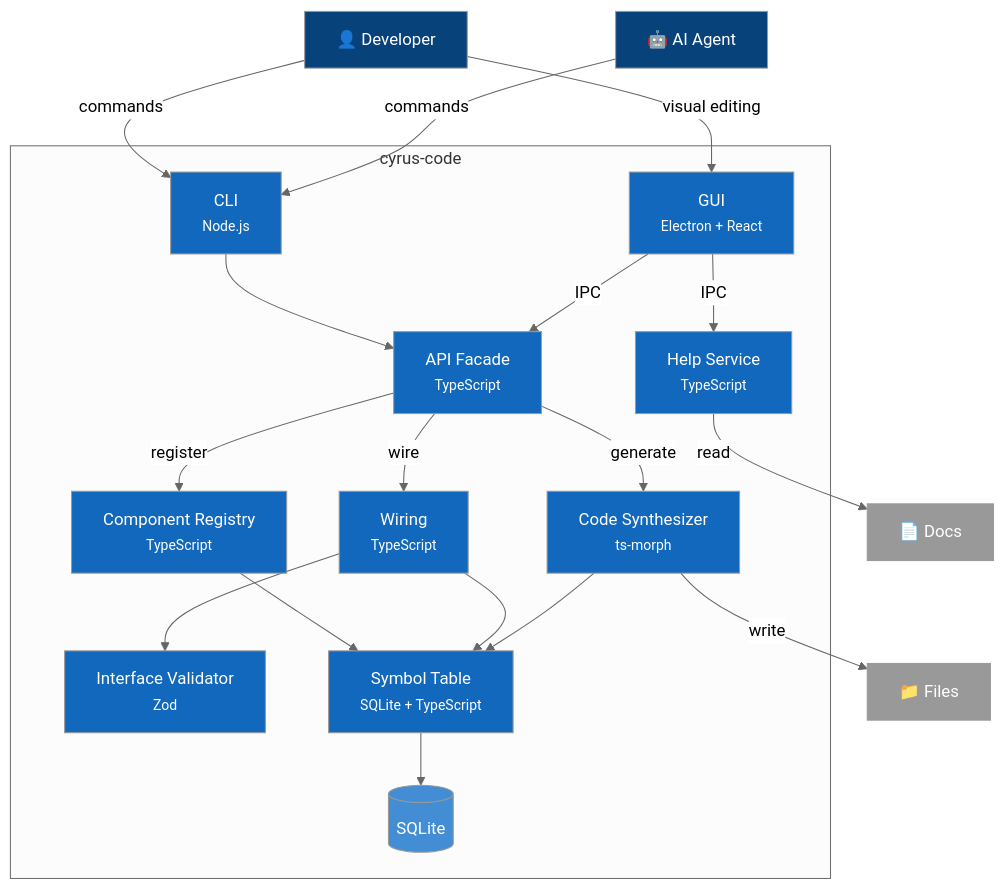
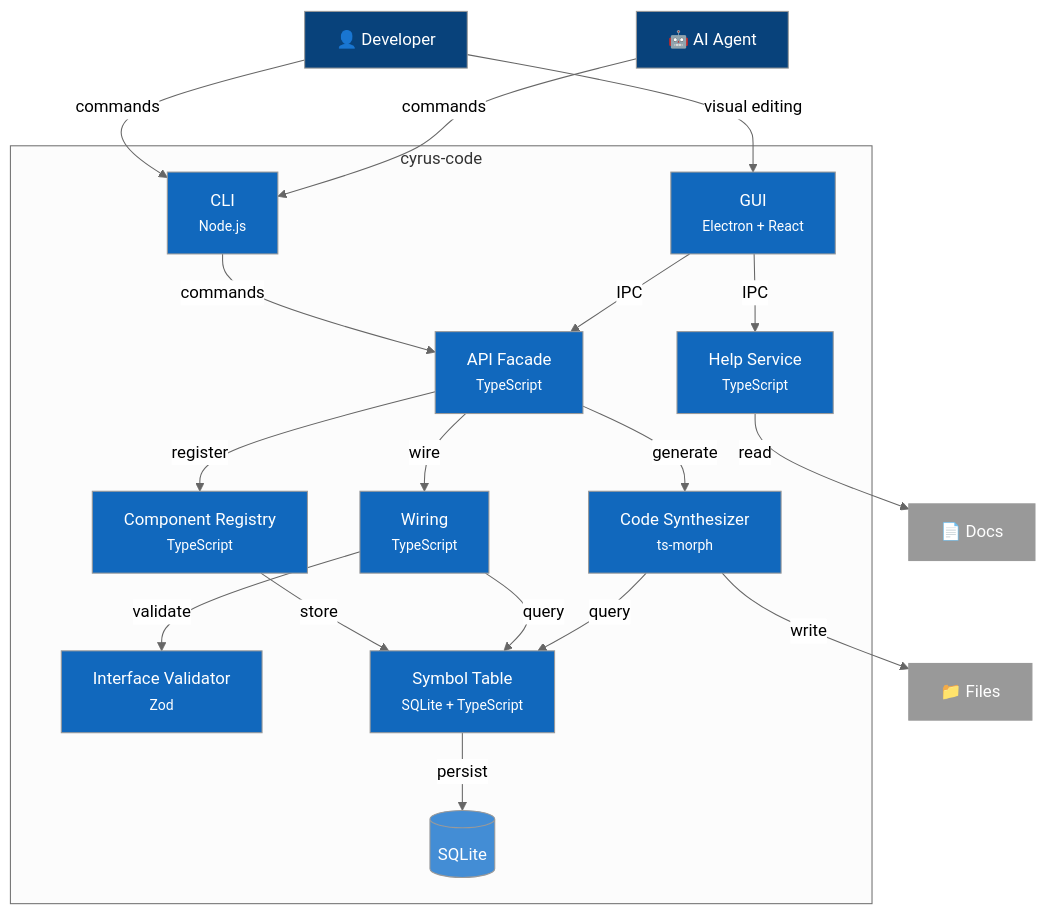
Before and after one commit to louipr/cyrus-code: the diagram in docs/c4/2-container.md, drawn with Mermaid (neutral theme).

Commit message:
fix(c4): add labels to all container diagram relationships
Per C4 Model best practices, all relationships should have descriptive
verb phrase labels. Added labels to previously unlabeled arrows:

- cli → api: "commands"
- reg → st: "store"
- wire → val: "validate"
- wire → st: "query"
- synth → st: "query"
- st → db: "persist"

🤖 Generated with [Claude Code](https://claude.com/claude-code)

````diff
--- a/docs/c4/2-container.md
+++ b/docs/c4/2-container.md
@@ -15,49 +15,49 @@
 ```mermaid
 flowchart TB
     dev["👤 Developer"] -->|"commands"| cli
     dev -->|"visual editing"| gui
     ai["🤖 AI Agent"] -->|"commands"| cli
 
     subgraph cyrus ["cyrus-code"]
         cli["CLI<br/><small>Node.js</small>"]
         gui["GUI<br/><small>Electron + React</small>"]
 
         api["API Facade<br/><small>TypeScript</small>"]
         help["Help Service<br/><small>TypeScript</small>"]
 
         reg["Component Registry<br/><small>TypeScript</small>"]
         wire["Wiring<br/><small>TypeScript</small>"]
         val["Interface Validator<br/><small>Zod</small>"]
         synth["Code Synthesizer<br/><small>ts-morph</small>"]
 
         st["Symbol Table<br/><small>SQLite + TypeScript</small>"]
         db[("SQLite")]
     end
 
-    cli --> api
+    cli -->|"commands"| api
     gui -->|"IPC"| api
     gui -->|"IPC"| help
 
     api -->|"register"| reg
     api -->|"wire"| wire
     api -->|"generate"| synth
 
-    reg --> st
-    wire --> val
-    wire --> st
-    synth --> st
+    reg -->|"store"| st
+    wire -->|"validate"| val
+    wire -->|"query"| st
+    synth -->|"query"| st
 
-    st --> db
+    st -->|"persist"| db
     synth -->|"write"| fs["📁 Files"]
     help -->|"read"| docs["📄 Docs"]
 
     classDef person fill:#08427b,color:#fff
     classDef container fill:#1168bd,color:#fff
     classDef storage fill:#438dd5,color:#fff
     classDef external fill:#999,color:#fff
 
     class dev,ai person
     class cli,gui,api,help,reg,wire,val,synth,st container
     class db storage
     class fs,docs external
 ```
````
